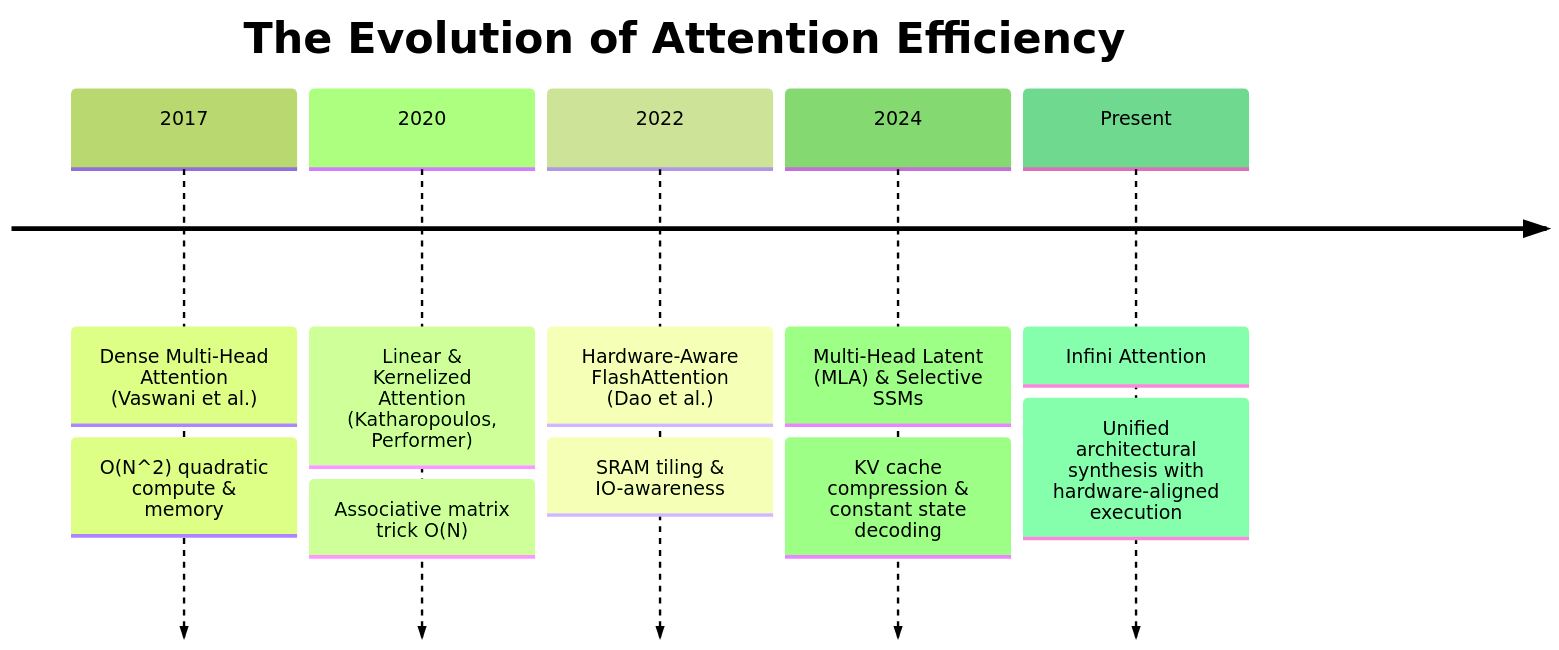
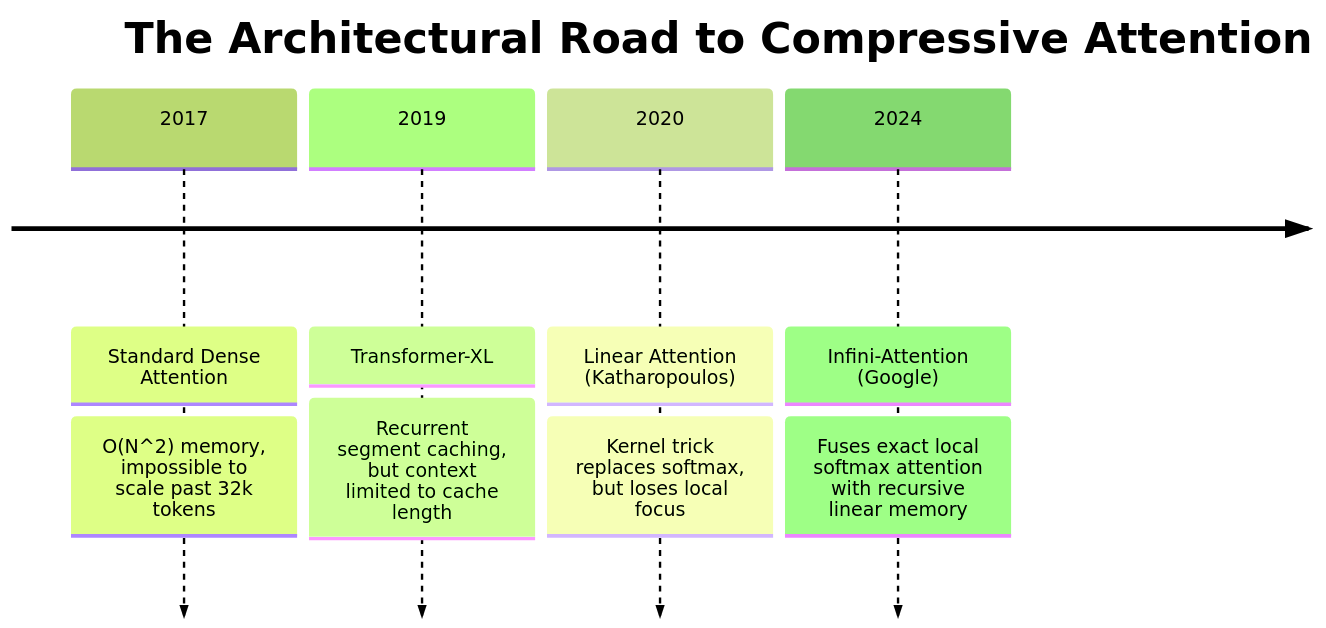
Before and after one commit to tahamajs/NeuralOps: the first of 2 diagrams in Docs/content/attentions_blog/infini_attention_blog.md, drawn with Mermaid (forest theme). The commit also changed other lines of this file and 19 other files, not shown here.

````diff
--- a/Docs/content/attentions_blog/infini_attention_blog.md
+++ b/Docs/content/attentions_blog/infini_attention_blog.md
@@ -58,9 +77,8 @@
 ```mermaid
 timeline
-    title The Evolution of Attention Efficiency
-    2017 : Dense Multi-Head Attention (Vaswani et al.) : O(N^2) quadratic compute & memory
-    2020 : Linear & Kernelized Attention (Katharopoulos, Performer) : Associative matrix trick O(N)
-    2022 : Hardware-Aware FlashAttention (Dao et al.) : SRAM tiling & IO-awareness
-    2024 : Multi-Head Latent (MLA) & Selective SSMs : KV cache compression & constant state decoding
-    Present : Infini Attention : Unified architectural synthesis with hardware-aligned execution
+    title The Architectural Road to Compressive Attention
+    2017 : Standard Dense Attention : O(N^2) memory, impossible to scale past 32k tokens
+    2019 : Transformer-XL : Recurrent segment caching, but context limited to cache length
+    2020 : Linear Attention (Katharopoulos) : Kernel trick replaces softmax, but loses local focus
+    2024 : Infini-Attention (Google) : Fuses exact local softmax attention with recursive linear memory
 ```
````
